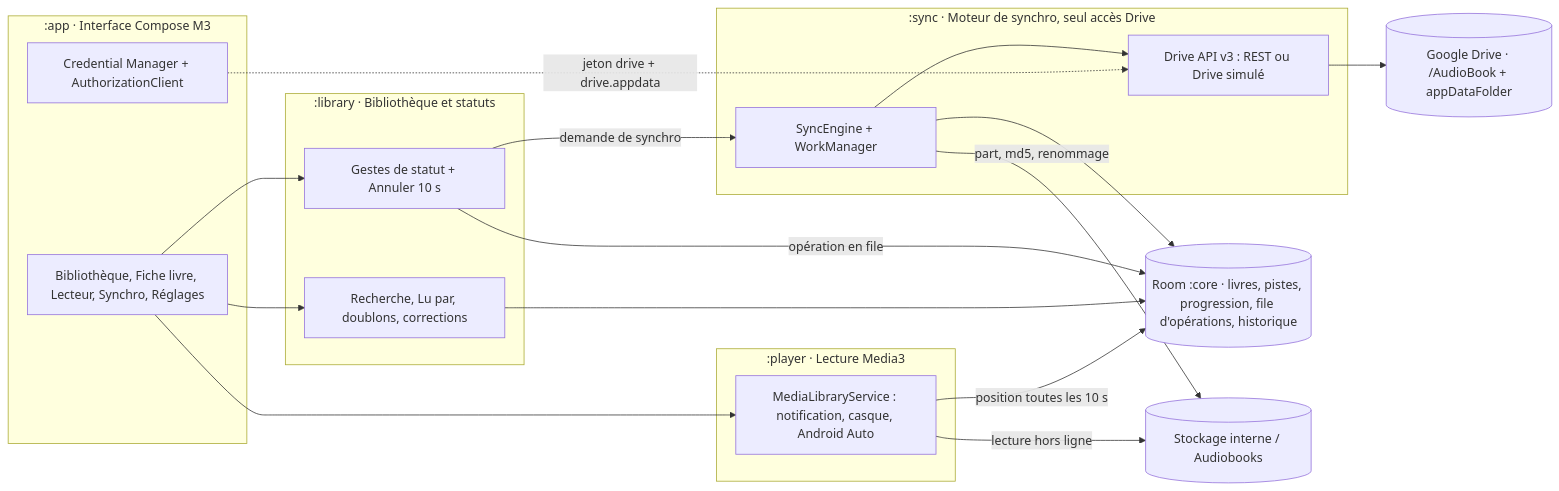
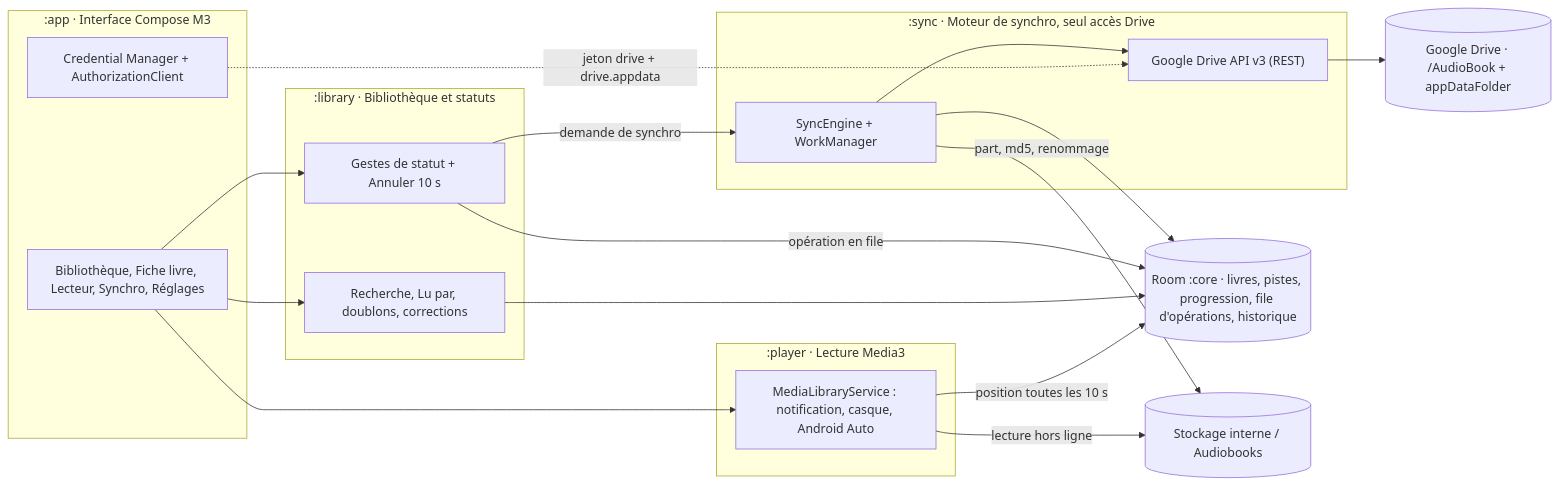
Before and after one commit to julienmiquel/audiobook-gdrive: the diagram in README.md, drawn with Mermaid. The commit also changed other lines of this file and 51 other files, not shown here.

First line of the commit message:
Rien de simulé : l'app n'utilise que la vraie API Google Drive

````diff
--- a/README.md
+++ b/README.md
@@ -92,35 +76,35 @@
 ```mermaid
 flowchart LR
     subgraph APP[":app · Interface Compose M3"]
         UI["Bibliothèque, Fiche livre, Lecteur, Synchro, Réglages"]
         AUTH["Credential Manager + AuthorizationClient"]
     end
     subgraph LIB[":library · Bibliothèque et statuts"]
         GEST["Gestes de statut + Annuler 10 s"]
         REPO["Recherche, Lu par, doublons, corrections"]
     end
     subgraph PLAY[":player · Lecture Media3"]
         SVC["MediaLibraryService : notification, casque, Android Auto"]
     end
     subgraph SYNC[":sync · Moteur de synchro, seul accès Drive"]
         ENG["SyncEngine + WorkManager"]
-        API["Drive API v3 : REST ou Drive simulé"]
+        API["Google Drive API v3 (REST)"]
     end
     DB[("Room :core · livres, pistes, progression, file d'opérations, historique")]
     GD[("Google Drive · /AudioBook + appDataFolder")]
     FS[("Stockage interne / Audiobooks")]
 
     UI --> GEST
     UI --> REPO
     UI --> SVC
     GEST -- "opération en file" --> DB
     GEST -- "demande de synchro" --> ENG
     REPO --> DB
     SVC -- "position toutes les 10 s" --> DB
     SVC -- "lecture hors ligne" --> FS
     ENG --> DB
     ENG --> API
     API --> GD
     ENG -- "part, md5, renommage" --> FS
     AUTH -. "jeton drive + drive.appdata" .-> API
 ```
````
